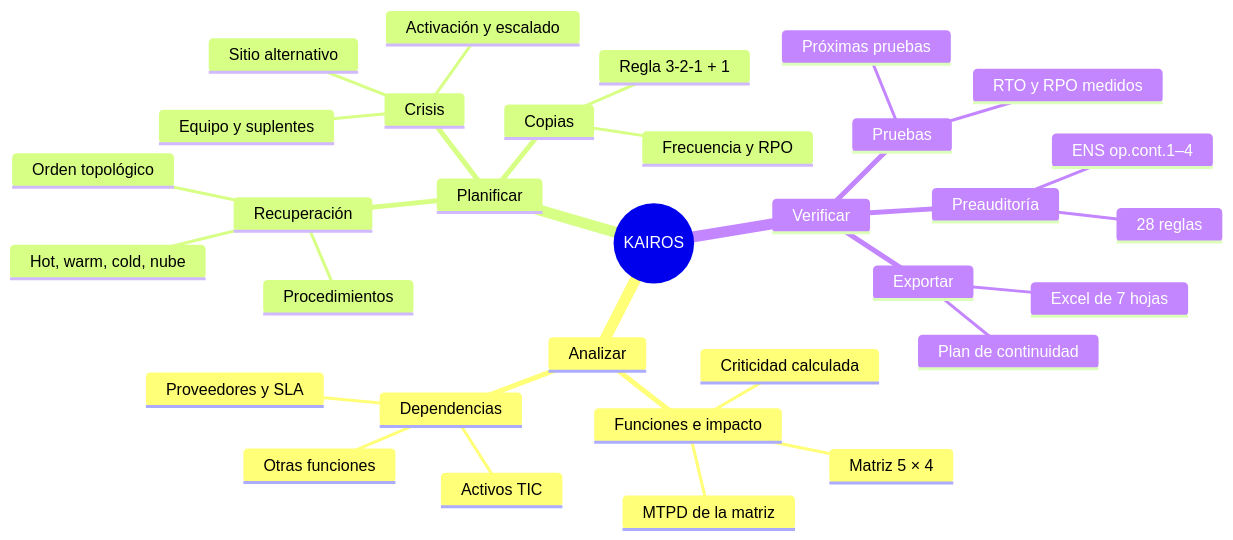
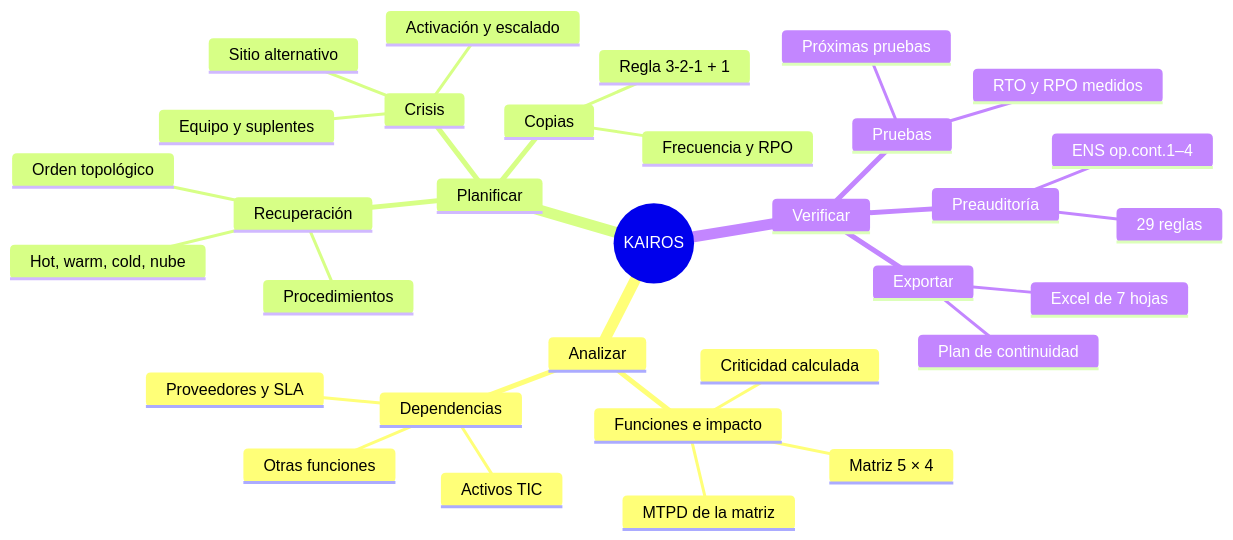
One commit to heindall92/kairos changed the diagram in README.md. Above: the diagram before and after it, drawn with Mermaid. The commit also changed other lines of this file and 22 other files, not shown here.

````diff
--- a/README.md
+++ b/README.md
@@ -169,35 +180,35 @@
 ```mermaid
 mindmap
   root((KAIROS))
     Analizar
       Funciones e impacto
         Matriz 5 × 4
         Criticidad calculada
         MTPD de la matriz
       Dependencias
         Activos TIC
         Otras funciones
         Proveedores y SLA
     Planificar
       Recuperación
         Hot, warm, cold, nube
         Orden topológico
         Procedimientos
       Copias
         Frecuencia y RPO
         Regla 3-2-1 + 1
       Crisis
         Equipo y suplentes
         Activación y escalado
         Sitio alternativo
     Verificar
       Pruebas
         RTO y RPO medidos
         Próximas pruebas
       Preauditoría
-        28 reglas
+        29 reglas
         ENS op.cont.1–4
       Exportar
         Plan de continuidad
         Excel de 7 hojas
 ```
````
